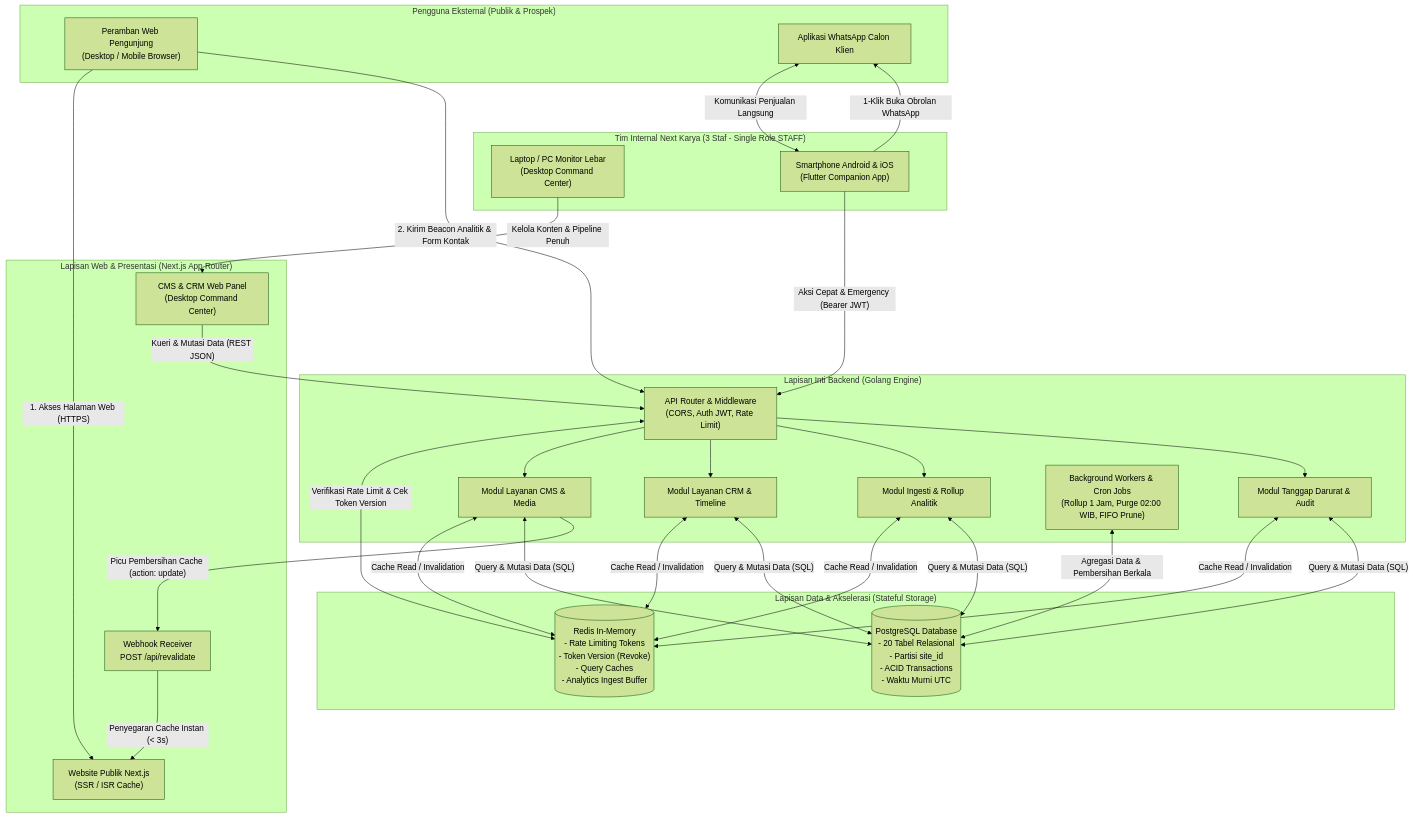
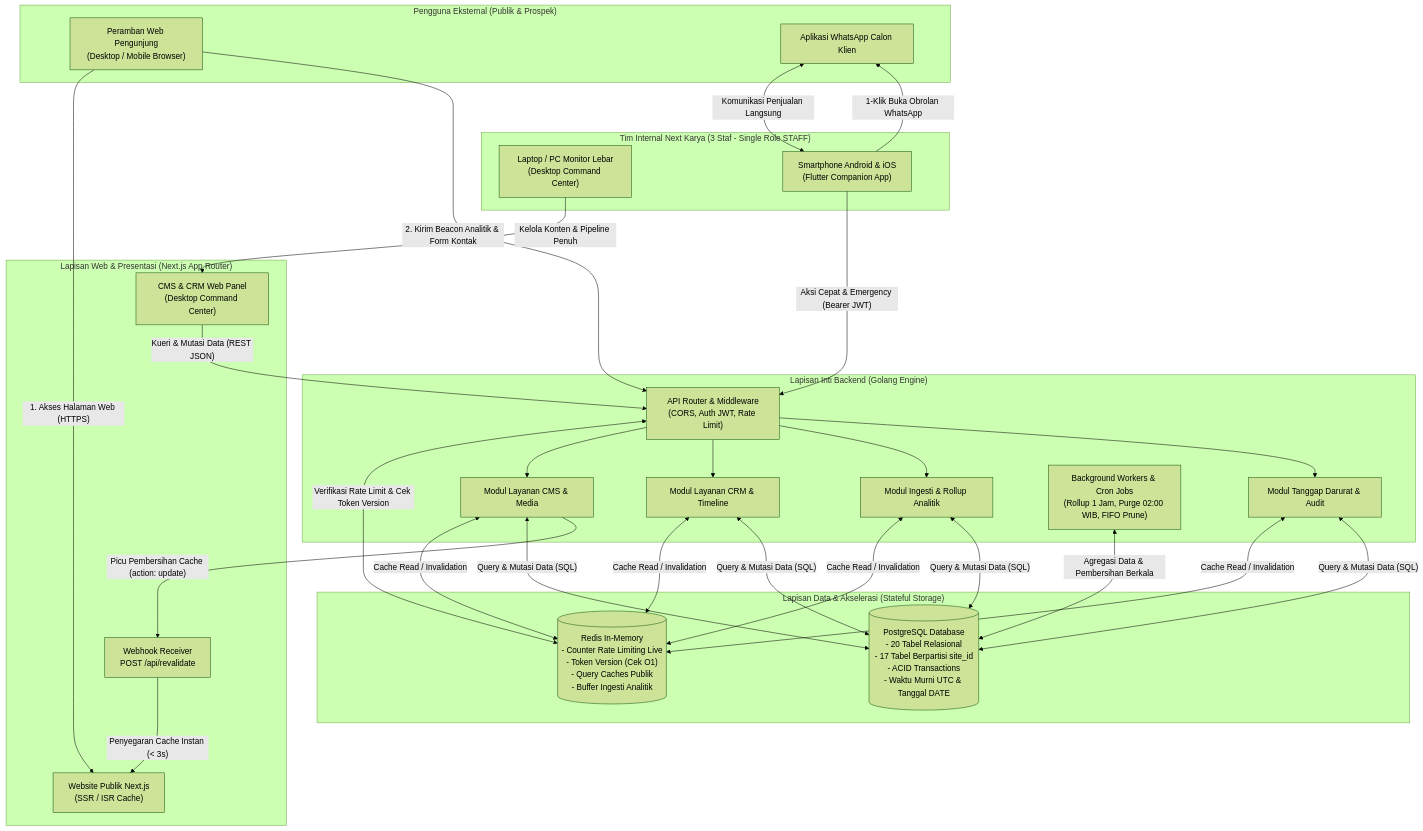
One commit to indraagstin025/NAYKON-Solution-Digital-Proyek changed the diagram in docs/system-architecture-v1.0.md. Above: the diagram before and after it, drawn with Mermaid (forest theme). The commit also changed other lines of this file and 7 other files, not shown here.

````diff
--- a/docs/system-architecture-v1.0.md
+++ b/docs/system-architecture-v1.0.md
@@ -36,50 +31,50 @@
 ```mermaid
 flowchart TD
     subgraph KlienEksternal["Pengguna Eksternal (Publik & Prospek)"]
         BrowserPublik["Peramban Web Pengunjung<br>(Desktop / Mobile Browser)"]
         WhatsAppUser["Aplikasi WhatsApp Calon Klien"]
     end
 
     subgraph TimInternal["Tim Internal Next Karya (3 Staf - Single Role STAFF)"]
         DesktopStaf["Laptop / PC Monitor Lebar<br>(Desktop Command Center)"]
         MobileStaf["Smartphone Android & iOS<br>(Flutter Companion App)"]
     end
 
     subgraph WebTier["Lapisan Web & Presentasi (Next.js App Router)"]
         NextPublic["Website Publik Next.js<br>(SSR / ISR Cache)"]
         NextAdmin["CMS & CRM Web Panel<br>(Desktop Command Center)"]
         NextWebhook["Webhook Receiver<br>POST /api/revalidate"]
     end
 
     subgraph BackendCore["Lapisan Inti Backend (Golang Engine)"]
         GoGateway["API Router & Middleware<br>(CORS, Auth JWT, Rate Limit)"]
         GoCMS["Modul Layanan CMS & Media"]
         GoCRM["Modul Layanan CRM & Timeline"]
         GoAnalytics["Modul Ingesti & Rollup Analitik"]
         GoEmergency["Modul Tanggap Darurat & Audit"]
         GoWorkers["Background Workers & Cron Jobs<br>(Rollup 1 Jam, Purge 02:00 WIB, FIFO Prune)"]
     end
 
     subgraph DataTier["Lapisan Data & Akselerasi (Stateful Storage)"]
-        RedisStore[("Redis In-Memory<br>- Rate Limiting Tokens<br>- Token Version (Revoke)<br>- Query Caches<br>- Analytics Ingest Buffer")]
-        PostgresDB[("PostgreSQL Database<br>- 20 Tabel Relasional<br>- Partisi site_id<br>- ACID Transactions<br>- Waktu Murni UTC")]
+        RedisStore[("Redis In-Memory<br>- Counter Rate Limiting Live<br>- Token Version (Cek O1)<br>- Query Caches Publik<br>- Buffer Ingesti Analitik")]
+        PostgresDB[("PostgreSQL Database<br>- 20 Tabel Relasional<br>- 17 Tabel Berpartisi site_id<br>- ACID Transactions<br>- Waktu Murni UTC & Tanggal DATE")]
     end
 
     BrowserPublik -->|"1. Akses Halaman Web (HTTPS)"| NextPublic
     BrowserPublik -->|"2. Kirim Beacon Analitik & Form Kontak"| GoGateway
     WhatsAppUser <-->|"Komunikasi Penjualan Langsung"| MobileStaf
 
     DesktopStaf -->|"Kelola Konten & Pipeline Penuh"| NextAdmin
     NextAdmin -->|"Kueri & Mutasi Data (REST JSON)"| GoGateway
     MobileStaf -->|"Aksi Cepat & Emergency (Bearer JWT)"| GoGateway
     MobileStaf -->|"1-Klik Buka Obrolan WhatsApp"| WhatsAppUser
 
     GoGateway <-->|"Verifikasi Rate Limit & Cek Token Version"| RedisStore
     GoGateway --> GoCMS & GoCRM & GoAnalytics & GoEmergency
     GoCMS & GoCRM & GoAnalytics & GoEmergency <-->|"Cache Read / Invalidation"| RedisStore
     GoCMS & GoCRM & GoAnalytics & GoEmergency <-->|"Query & Mutasi Data (SQL)"| PostgresDB
     GoWorkers <-->|"Agregasi Data & Pembersihan Berkala"| PostgresDB
 
     GoCMS -->|"Picu Pembersihan Cache (action: update)"| NextWebhook
     NextWebhook -->|"Penyegaran Cache Instan (< 3s)"| NextPublic
 ```
````
